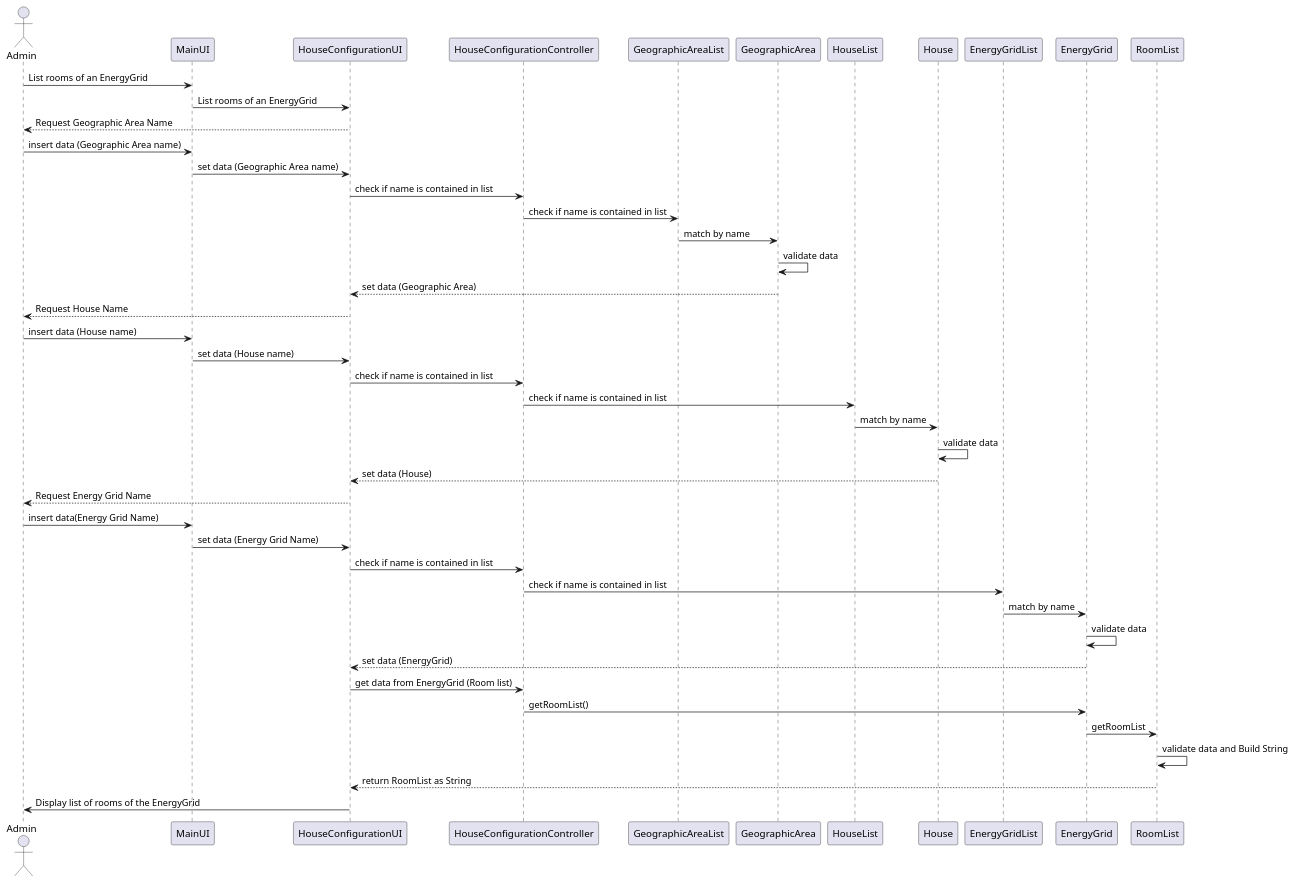
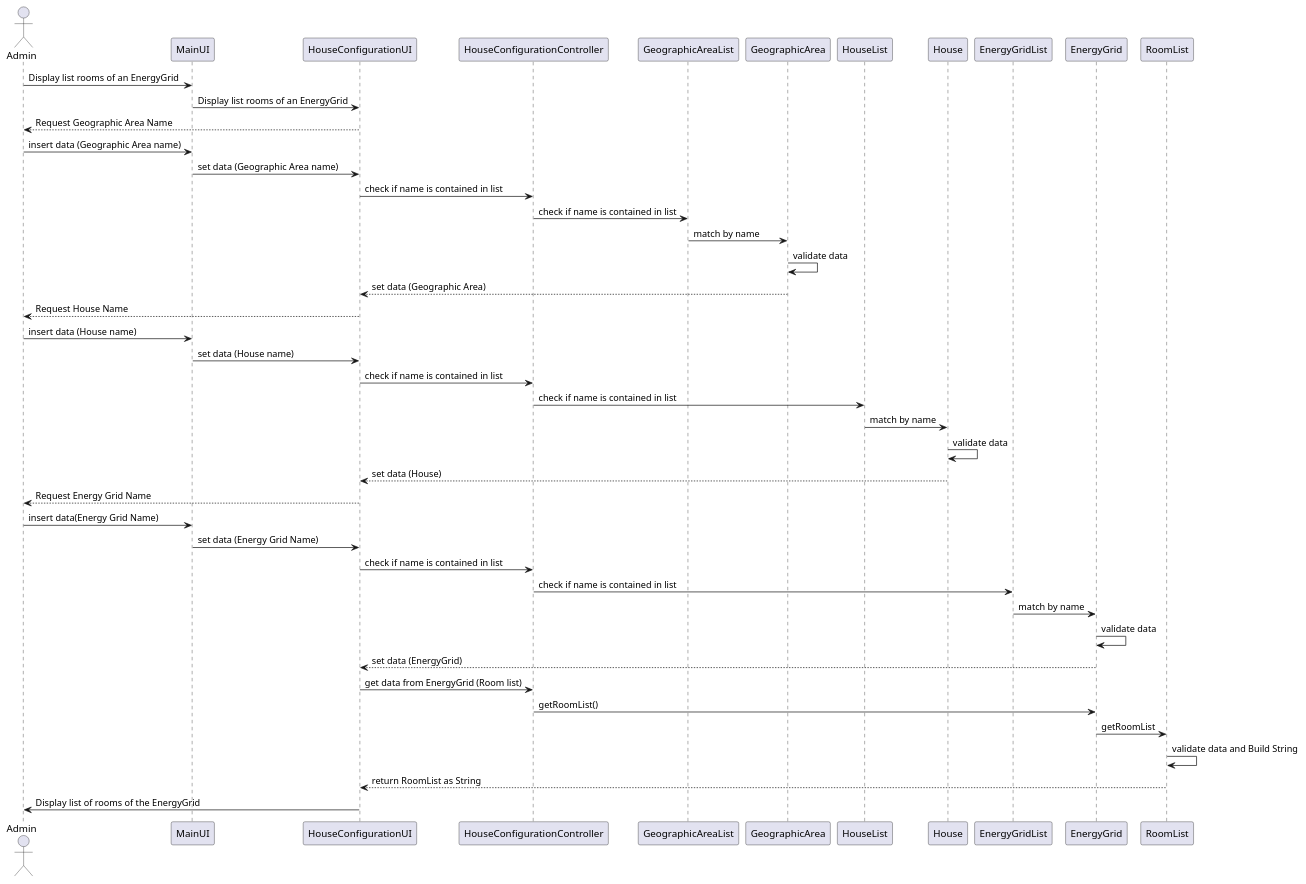
One commit to Almadanmp/project changed the diagram in uml/US145.puml. Above: the diagram before and after it, drawn with PlantUML.

Commit message:
UML145 Minor fix

```diff
--- a/uml/US145.puml
+++ b/uml/US145.puml
@@ -1,35 +1,35 @@
 @startuml
 actor Admin
-Admin -> MainUI: List rooms of an EnergyGrid
-MainUI -> HouseConfigurationUI:List rooms of an EnergyGrid
+Admin -> MainUI: Display list rooms of an EnergyGrid
+MainUI -> HouseConfigurationUI:Display list rooms of an EnergyGrid
 HouseConfigurationUI --> Admin: Request Geographic Area Name
 Admin -> MainUI: insert data (Geographic Area name)
 MainUI -> HouseConfigurationUI: set data (Geographic Area name)
 HouseConfigurationUI ->HouseConfigurationController: check if name is contained in list
 HouseConfigurationController -> GeographicAreaList: check if name is contained in list
 GeographicAreaList -> GeographicArea: match by name
 GeographicArea -> GeographicArea: validate data
 GeographicArea --> HouseConfigurationUI: set data (Geographic Area)
 HouseConfigurationUI --> Admin: Request House Name
 Admin -> MainUI: insert data (House name)
 MainUI -> HouseConfigurationUI: set data (House name)
 HouseConfigurationUI -> HouseConfigurationController: check if name is contained in list
 HouseConfigurationController -> HouseList: check if name is contained in list
 HouseList -> House: match by name
 House -> House: validate data
 House --> HouseConfigurationUI: set data (House)
 HouseConfigurationUI --> Admin: Request Energy Grid Name
 Admin -> MainUI: insert data(Energy Grid Name)
 MainUI -> HouseConfigurationUI: set data (Energy Grid Name)
 HouseConfigurationUI -> HouseConfigurationController: check if name is contained in list
 HouseConfigurationController -> EnergyGridList: check if name is contained in list
 EnergyGridList -> EnergyGrid: match by name
 EnergyGrid -> EnergyGrid: validate data
 EnergyGrid --> HouseConfigurationUI: set data (EnergyGrid)
 HouseConfigurationUI -> HouseConfigurationController: get data from EnergyGrid (Room list)
 HouseConfigurationController -> EnergyGrid: getRoomList()
 EnergyGrid->RoomList:getRoomList
 RoomList->RoomList: validate data and Build String
 RoomList-->HouseConfigurationUI:return RoomList as String
 HouseConfigurationUI->Admin: Display list of rooms of the EnergyGrid
 @enduml
```
